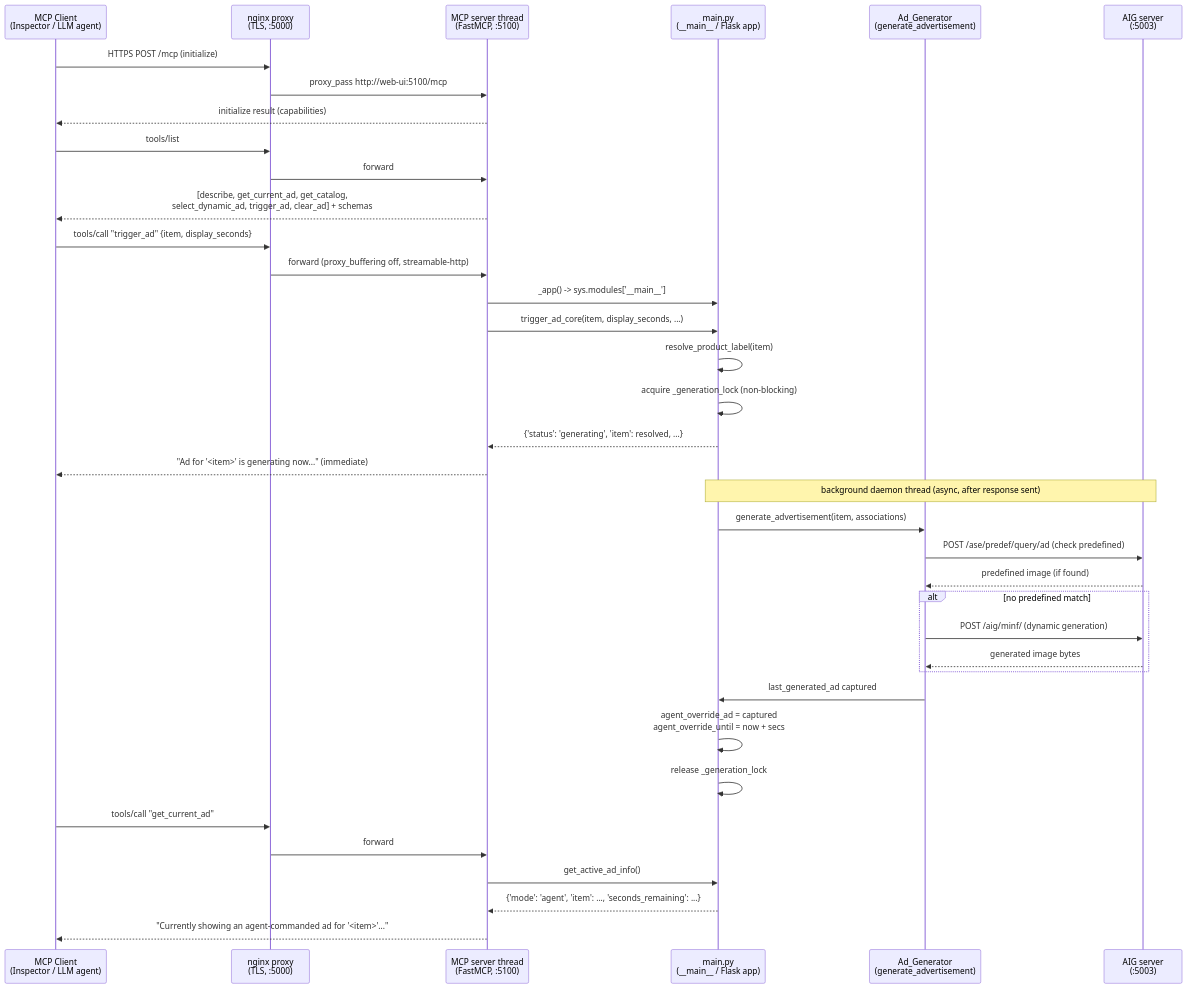
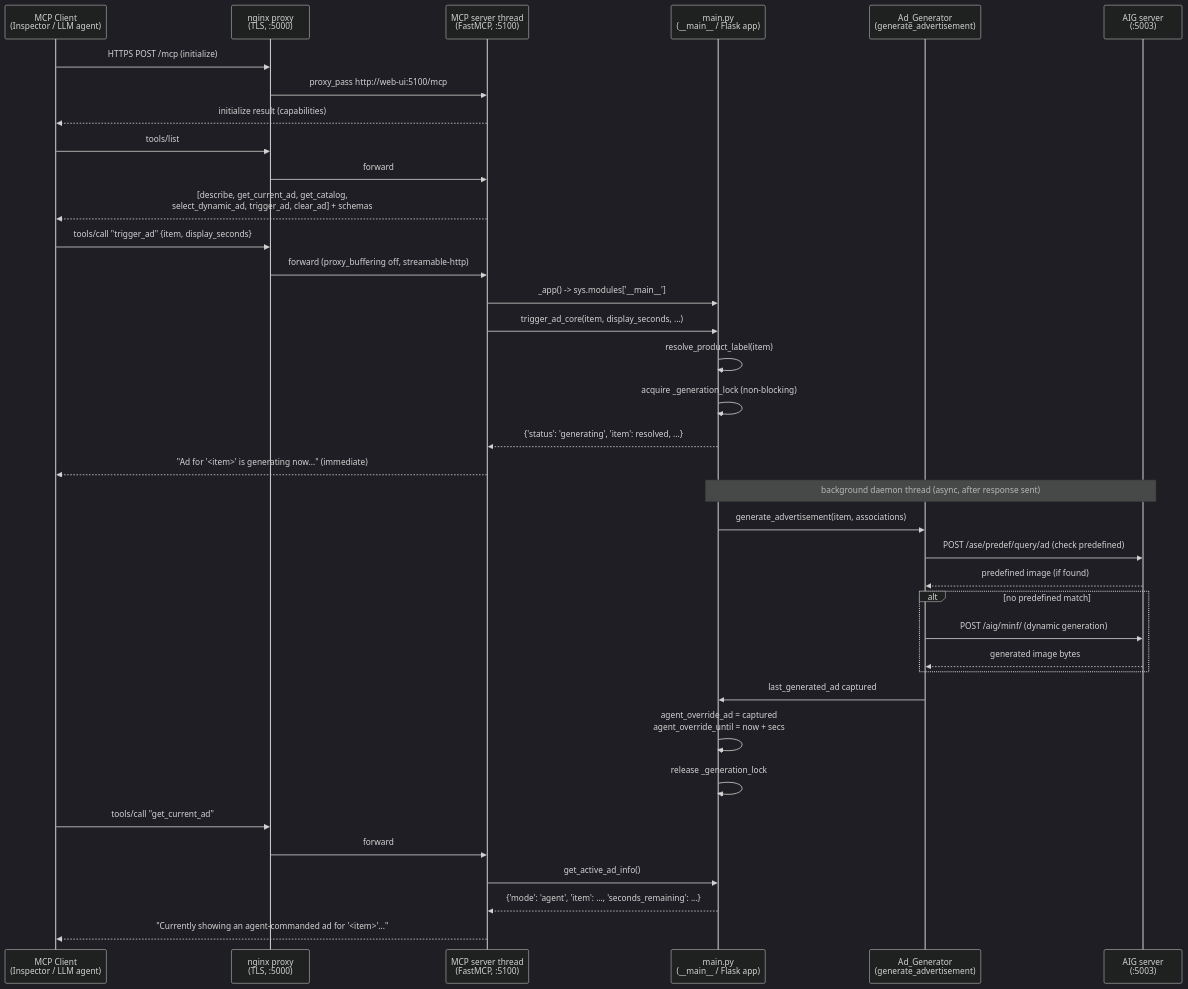
One commit to intel-retail/digital-signage changed the first of 2 diagrams in docs/user-guide/how-to-guides/mcp-server-architecture.md. Above: the diagram before and after it, drawn with Mermaid. The commit also changed other lines of this file and 1 other file, not shown here.

````diff
--- a/docs/user-guide/how-to-guides/mcp-server-architecture.md
+++ b/docs/user-guide/how-to-guides/mcp-server-architecture.md
@@ -109,44 +110,47 @@
 ```mermaid
+---
+config: {"theme": "dark"}
+---
 sequenceDiagram
     participant Client as MCP Client<br/>(Inspector / LLM agent)
     participant Nginx as nginx proxy<br/>(TLS, :5000)
     participant MCP as MCP server thread<br/>(FastMCP, :5100)
     participant Main as main.py<br/>(__main__ / Flask app)
     participant AdGen as Ad_Generator<br/>(generate_advertisement)
     participant AIG as AIG server<br/>(:5003)
 
     Client->>Nginx: HTTPS POST /mcp (initialize)
     Nginx->>MCP: proxy_pass http://web-ui:5100/mcp
     MCP-->>Client: initialize result (capabilities)
 
     Client->>Nginx: tools/list
     Nginx->>MCP: forward
     MCP-->>Client: [describe, get_current_ad, get_catalog,<br/>select_dynamic_ad, trigger_ad, clear_ad] + schemas
 
     Client->>Nginx: tools/call "trigger_ad" {item, display_seconds}
     Nginx->>MCP: forward (proxy_buffering off, streamable-http)
     MCP->>Main: _app() -> sys.modules['__main__']
     MCP->>Main: trigger_ad_core(item, display_seconds, ...)
     Main->>Main: resolve_product_label(item)
     Main->>Main: acquire _generation_lock (non-blocking)
     Main-->>MCP: {'status': 'generating', 'item': resolved, ...}
     MCP-->>Client: "Ad for '<item>' is generating now..." (immediate)
 
     Note over Main,AIG: background daemon thread (async, after response sent)
     Main->>AdGen: generate_advertisement(item, associations)
     AdGen->>AIG: POST /ase/predef/query/ad (check predefined)
     AIG-->>AdGen: predefined image (if found)
     alt no predefined match
         AdGen->>AIG: POST /aig/minf/ (dynamic generation)
         AIG-->>AdGen: generated image bytes
     end
     AdGen->>Main: last_generated_ad captured
     Main->>Main: agent_override_ad = captured<br/>agent_override_until = now + secs
     Main->>Main: release _generation_lock
 
     Client->>Nginx: tools/call "get_current_ad"
     Nginx->>MCP: forward
     MCP->>Main: get_active_ad_info()
     Main-->>MCP: {'mode': 'agent', 'item': ..., 'seconds_remaining': ...}
     MCP-->>Client: "Currently showing an agent-commanded ad for '<item>'..."
 ```
````
